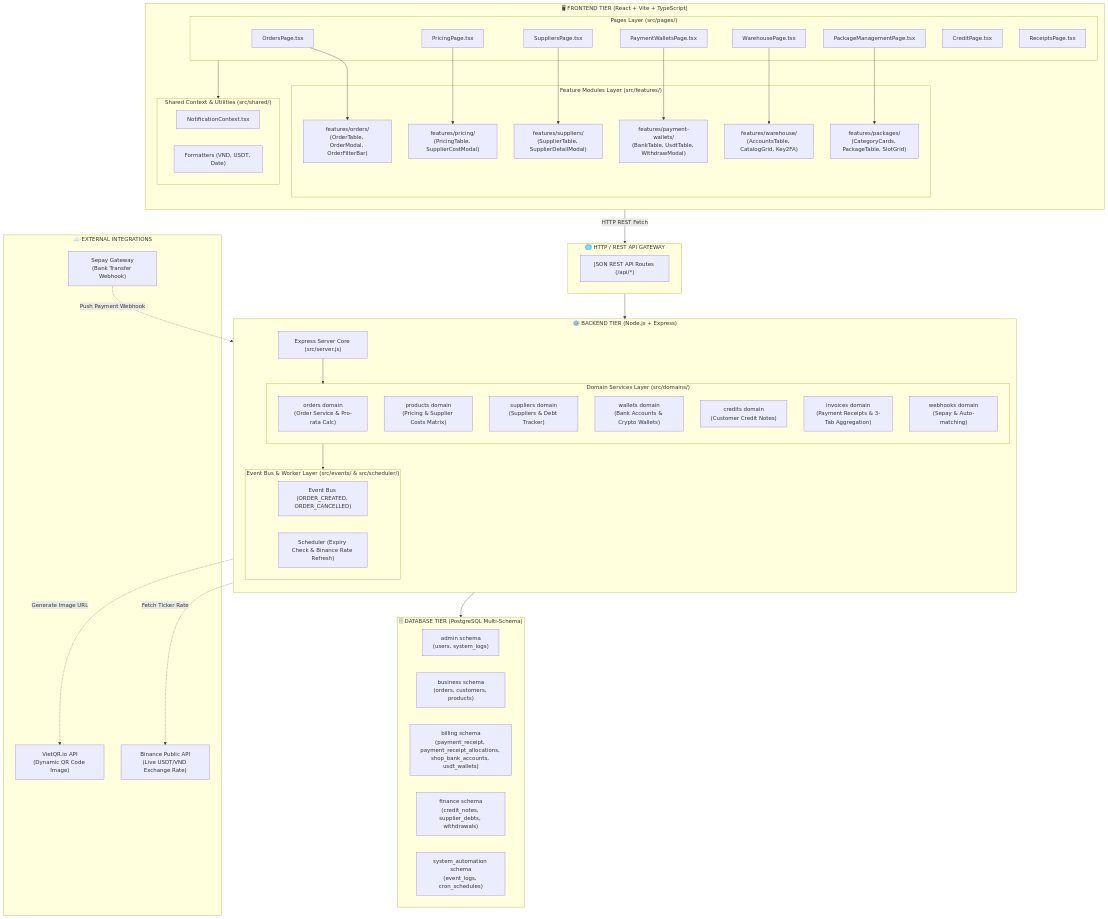
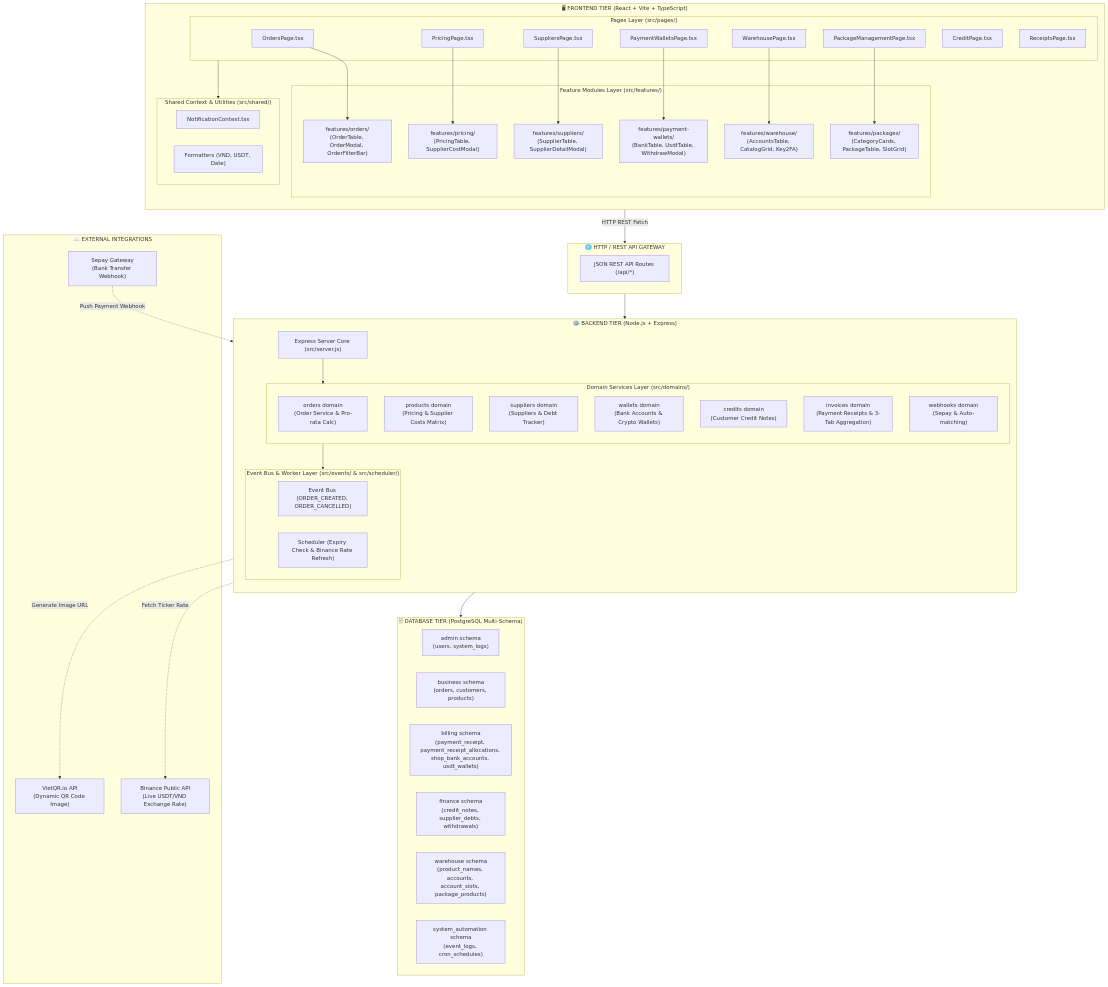
The first of 3 diagrams in v2/ARCHITECTURE.md (hungnln2102/admin_orderlist), drawn with Mermaid before and after one commit. The commit also changed other lines of this file and 37 other files, not shown here.

Commit message:
feat: implement warehouse management module with account and catalog services

```diff
--- a/v2/ARCHITECTURE.md
+++ b/v2/ARCHITECTURE.md
@@ -77,6 +77,7 @@
         DB_Business["business schema<br/>(orders, customers, products)"]
         DB_Billing["billing schema<br/>(payment_receipt, payment_receipt_allocations, shop_bank_accounts, usdt_wallets)"]
         DB_Finance["finance schema<br/>(credit_notes, supplier_debts, withdrawals)"]
+        DB_Warehouse["warehouse schema<br/>(product_names, accounts, account_slots, package_products)"]
         DB_Automation["system_automation schema<br/>(event_logs, cron_schedules)"]
     end
 
```
